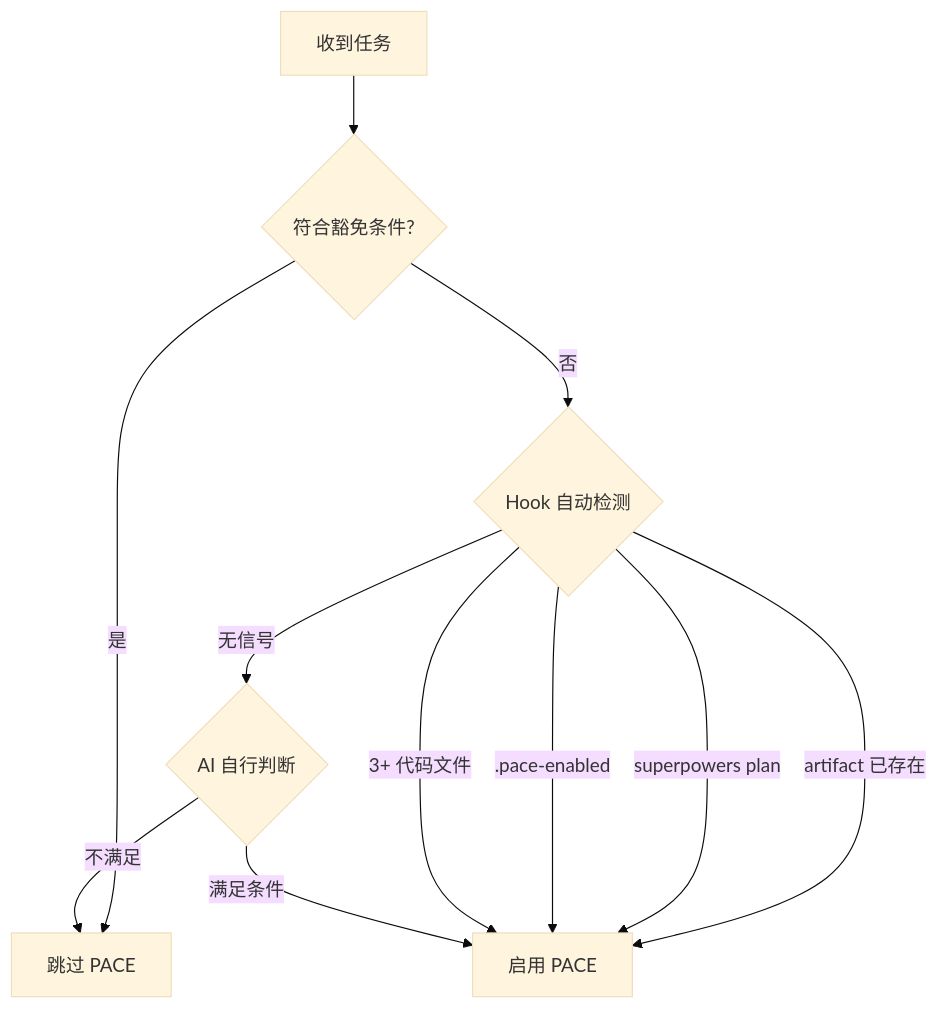
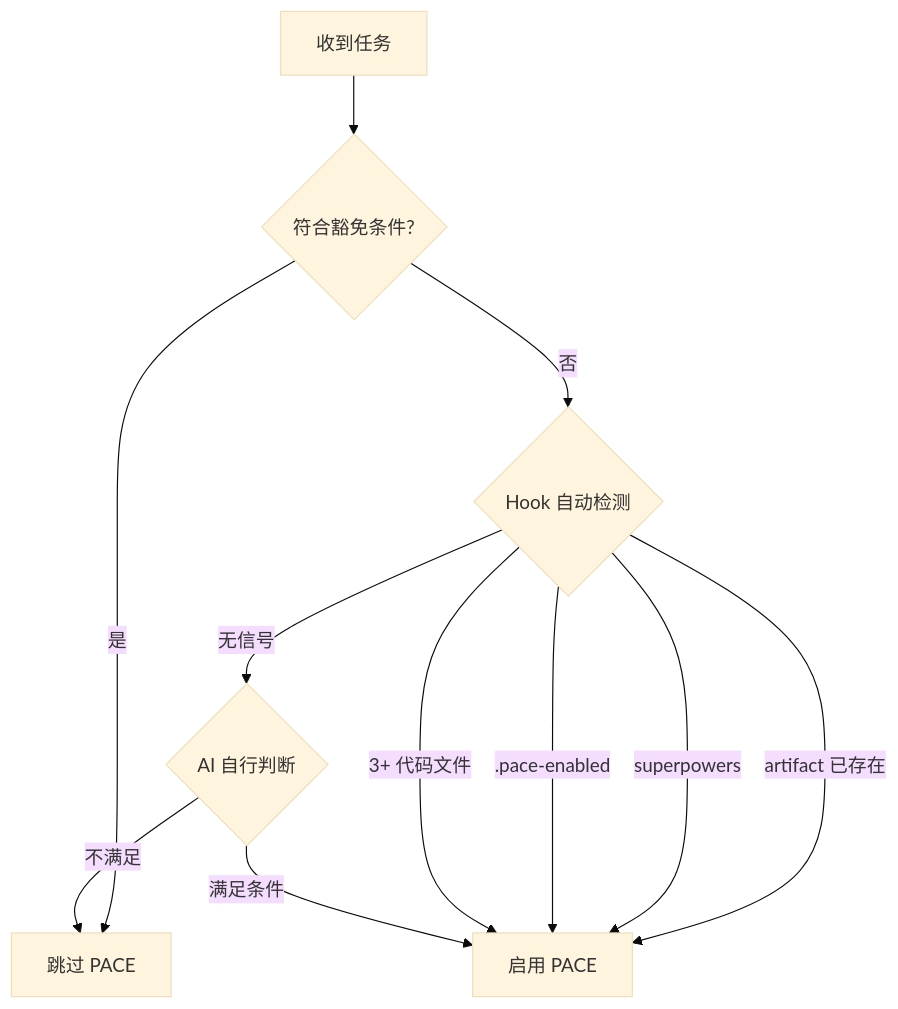
Before and after one commit to gdutboy/paceflow: the diagram in skills/pace-workflow.md, drawn with Mermaid (base theme). The commit also changed other lines of this file and 14 other files, not shown here.

````diff
--- a/skills/pace-workflow.md
+++ b/skills/pace-workflow.md
@@ -12,13 +12,13 @@
 ```mermaid
 flowchart TD
     A[收到任务] --> B{符合豁免条件?}
     B -->|是| C[跳过 PACE]
     B -->|否| D{Hook 自动检测}
     D -->|artifact 已存在| E[启用 PACE]
-    D -->|superpowers plan| E
+    D -->|superpowers| E
     D -->|.pace-enabled| E
     D -->|3+ 代码文件| E
     D -->|无信号| F{AI 自行判断}
     F -->|满足条件| E
     F -->|不满足| C
 ```
````
